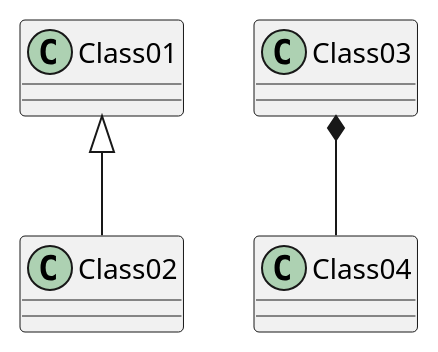
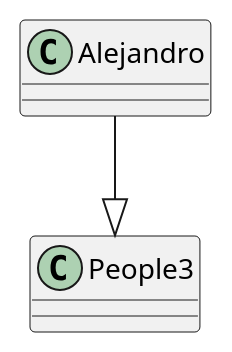
Before and after one commit to Blackphantom96/PlantUMLErrors: the diagram in WebApp/src/main/webapp/resources/images/diagram.wsd, drawn with PlantUML. The commit also changed 4 other files, not shown here.

```diff
--- a/WebApp/src/main/webapp/resources/images/diagram.wsd
+++ b/WebApp/src/main/webapp/resources/images/diagram.wsd
@@ -1,4 +1,3 @@
 @startuml
-Class01 <|-- Class02
-Class03 *-- Class04
+Alejandro --|> People3
 @enduml
```
